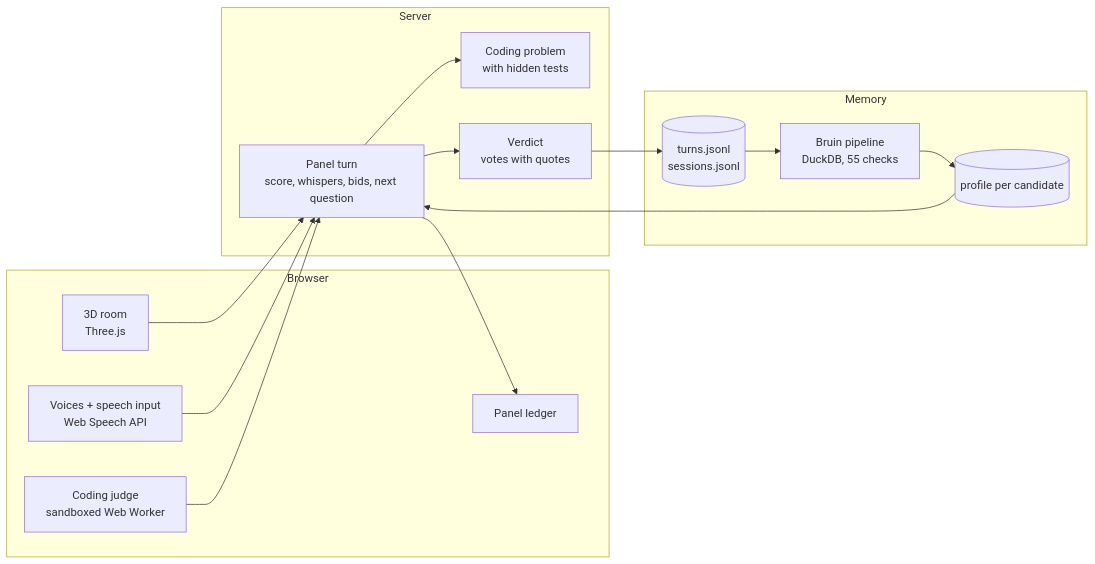
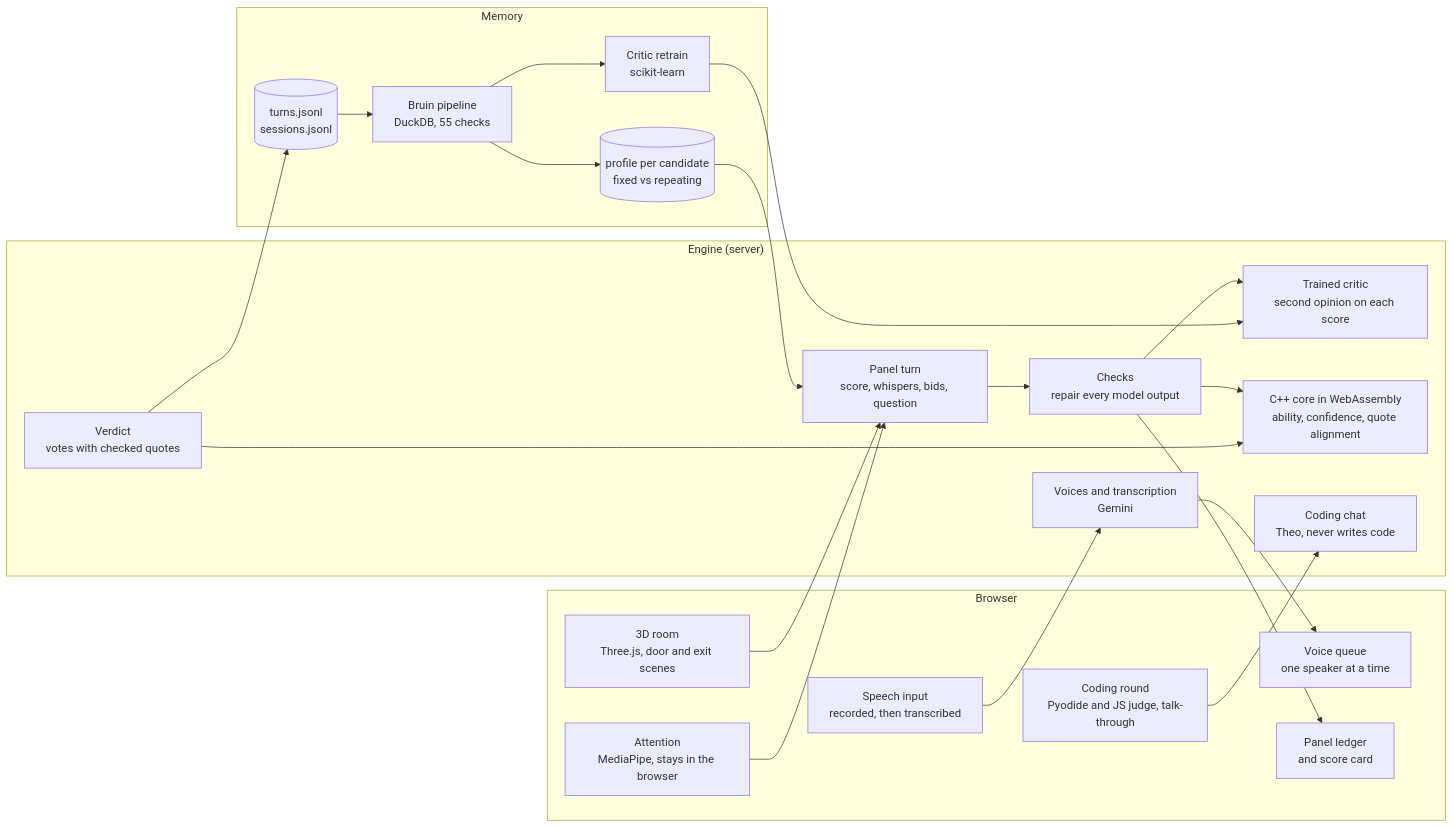
The first of 2 diagrams in README.md (VolodymyrLinuxovich/hotseat), drawn with Mermaid before and after one commit. The commit also changed other lines of this file and 42 other files, not shown here.

Commit message:
Gemini voices and transcription, coding talk-through, attention tracking, trained critic, C++ core, door and exit scenes, README architecture

````diff
--- a/README.md
+++ b/README.md
@@ -78,30 +86,43 @@
 ```mermaid
 flowchart LR
-    subgraph UI["Browser"]
-        R[3D room<br/>Three.js]
-        V[Voices + speech input<br/>Web Speech API]
-        L[Panel ledger]
-        J[Coding judge<br/>sandboxed Web Worker]
+    subgraph BR["Browser"]
+        SC[3D room<br/>Three.js, door and exit scenes]
+        VO[Voice queue<br/>one speaker at a time]
+        LI[Speech input<br/>recorded, then transcribed]
+        CO[Coding round<br/>Pyodide and JS judge, talk-through]
+        GZ[Attention<br/>MediaPipe, stays in the browser]
+        LG[Panel ledger<br/>and score card]
     end
 
-    subgraph API["Server"]
-        P[Panel turn<br/>score, whispers, bids, next question]
-        G[Coding problem<br/>with hidden tests]
-        VD[Verdict<br/>votes with quotes]
+    subgraph EN["Engine (server)"]
+        PN[Panel turn<br/>score, whispers, bids, question]
+        CK[Checks<br/>repair every model output]
+        CR[Trained critic<br/>second opinion on each score]
+        CPP[C++ core in WebAssembly<br/>ability, confidence, quote alignment]
+        CC[Coding chat<br/>Theo, never writes code]
+        VD[Verdict<br/>votes with checked quotes]
+        TT[Voices and transcription<br/>Gemini]
     end
 
     subgraph MEM["Memory"]
-        JS[(turns.jsonl<br/>sessions.jsonl)]
-        BR[Bruin pipeline<br/>DuckDB, 55 checks]
-        PF[(profile per candidate)]
+        LOG[(turns.jsonl<br/>sessions.jsonl)]
+        BRU[Bruin pipeline<br/>DuckDB, 55 checks]
+        PRO[(profile per candidate<br/>fixed vs repeating)]
+        RT[Critic retrain<br/>scikit-learn]
     end
 
-    R --> P
-    V --> P
-    J --> P
-    P --> L
-    P --> G
-    P --> VD
-    VD --> JS --> BR --> PF
-    PF --> P
+    LI --> TT
+    TT --> VO
+    CO --> CC
+    SC --> PN
+    GZ --> PN
+    PN --> CK
+    CK --> CR
+    CK --> CPP
+    CK --> LG
+    VD --> CPP
+    VD --> LOG
+    LOG --> BRU --> PRO
+    BRU --> RT --> CR
+    PRO --> PN
 ```
````
